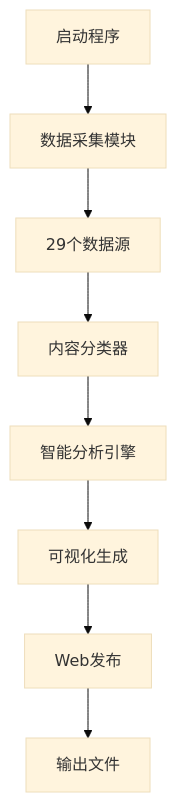
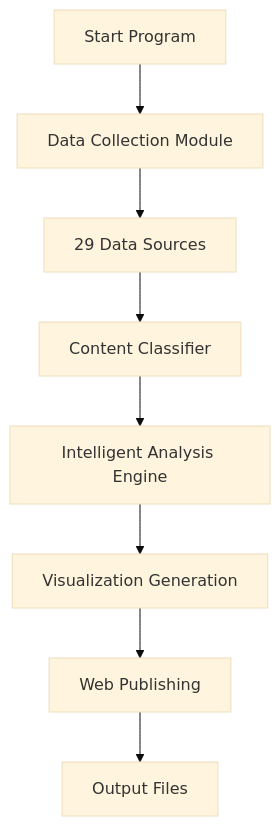
One commit to legendyz/ai-world-tracker changed the diagram in README.md. Above: the diagram before and after it, drawn with Mermaid (base theme). The commit also changed other lines of this file, not shown here.

````diff
--- a/README.md
+++ b/README.md
@@ -181,10 +181,10 @@
 ```mermaid
 graph TD
-    A[启动程序] --> B[数据采集模块]
-    B --> C[29个数据源]
-    C --> D[内容分类器]
-    D --> E[智能分析引擎]
-    E --> F[可视化生成]
-    F --> G[Web发布]
-    G --> H[输出文件]
+    A[Start Program] --> B[Data Collection Module]
+    B --> C[29 Data Sources]
+    C --> D[Content Classifier]
+    D --> E[Intelligent Analysis Engine]
+    E --> F[Visualization Generation]
+    F --> G[Web Publishing]
+    G --> H[Output Files]
 ```
````
